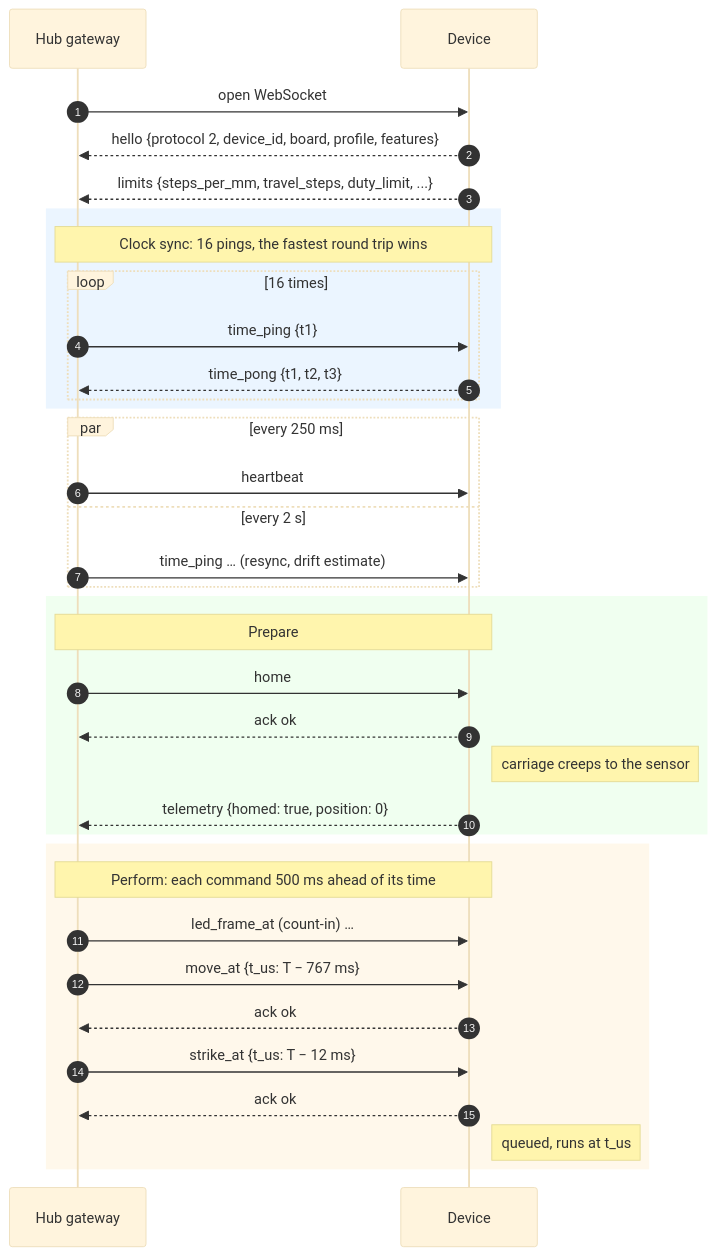
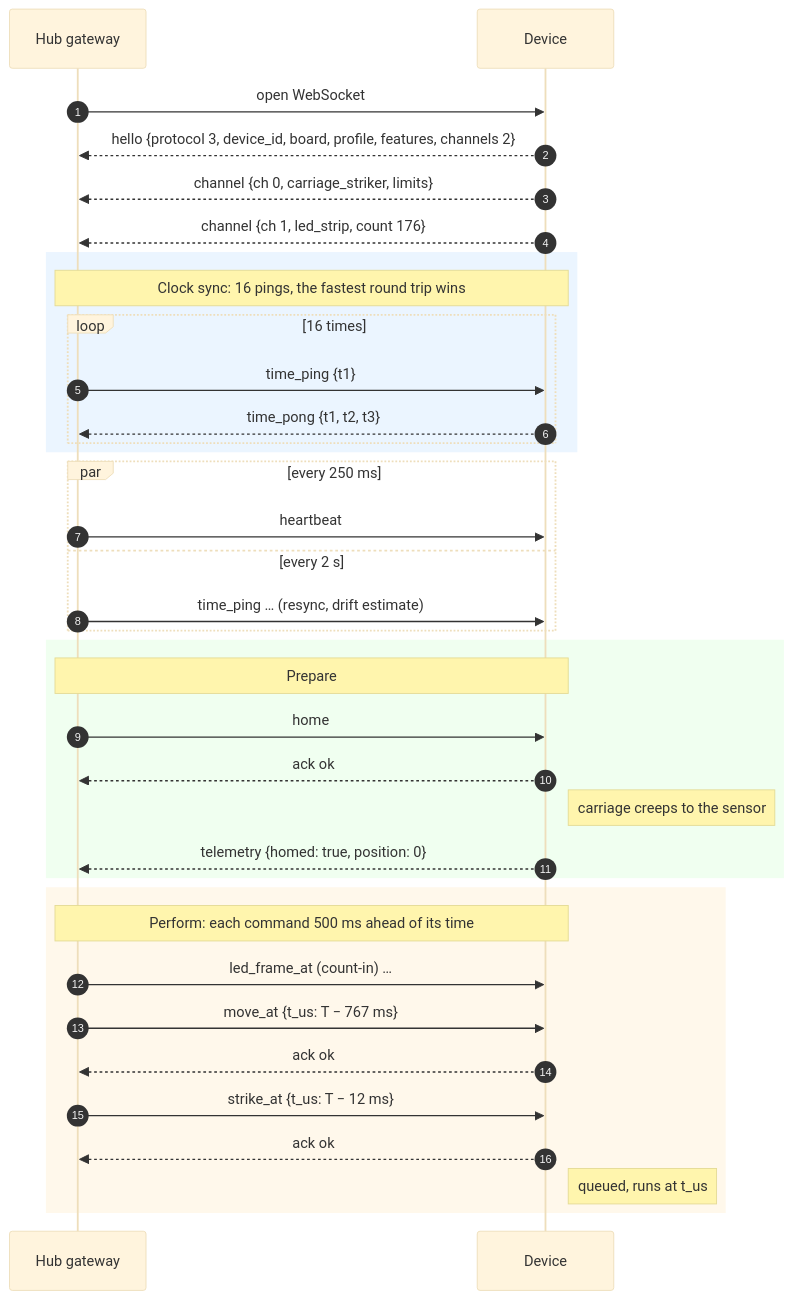
The second of 6 diagrams in docs/device-protocol.md (gilrvrv-design/Duet), drawn with Mermaid (base theme) before and after one commit. The commit also changed other lines of this file and 29 other files, not shown here.

First line of the commit message:
Protocol 3: devices describe their channels; every timed command names one

````diff
--- a/docs/device-protocol.md
+++ b/docs/device-protocol.md
@@ -133,42 +152,43 @@
 ```mermaid
 sequenceDiagram
     autonumber
     participant H as Hub gateway
     participant D as Device
 
     H->>D: open WebSocket
-    D-->>H: hello {protocol 2, device_id, board, profile, features}
-    D-->>H: limits {steps_per_mm, travel_steps, duty_limit, ...}
+    D-->>H: hello {protocol 3, device_id, board, profile, features, channels 2}
+    D-->>H: channel {ch 0, carriage_striker, limits}
+    D-->>H: channel {ch 1, led_strip, count 176}
 
     rect rgb(235, 245, 255)
     Note over H,D: Clock sync: 16 pings, the fastest round trip wins
     loop 16 times
         H->>D: time_ping {t1}
         D-->>H: time_pong {t1, t2, t3}
     end
     end
 
     par every 250 ms
         H->>D: heartbeat
     and every 2 s
         H->>D: time_ping … (resync, drift estimate)
     end
 
     rect rgb(240, 255, 240)
     Note over H,D: Prepare
     H->>D: home
     D-->>H: ack ok
     Note right of D: carriage creeps to the sensor
     D-->>H: telemetry {homed: true, position: 0}
     end
 
     rect rgb(255, 248, 235)
     Note over H,D: Perform: each command 500 ms ahead of its time
     H->>D: led_frame_at (count-in) …
     H->>D: move_at {t_us: T − 767 ms}
     D-->>H: ack ok
     H->>D: strike_at {t_us: T − 12 ms}
     D-->>H: ack ok
     Note right of D: queued, runs at t_us
     end
 ```
````
